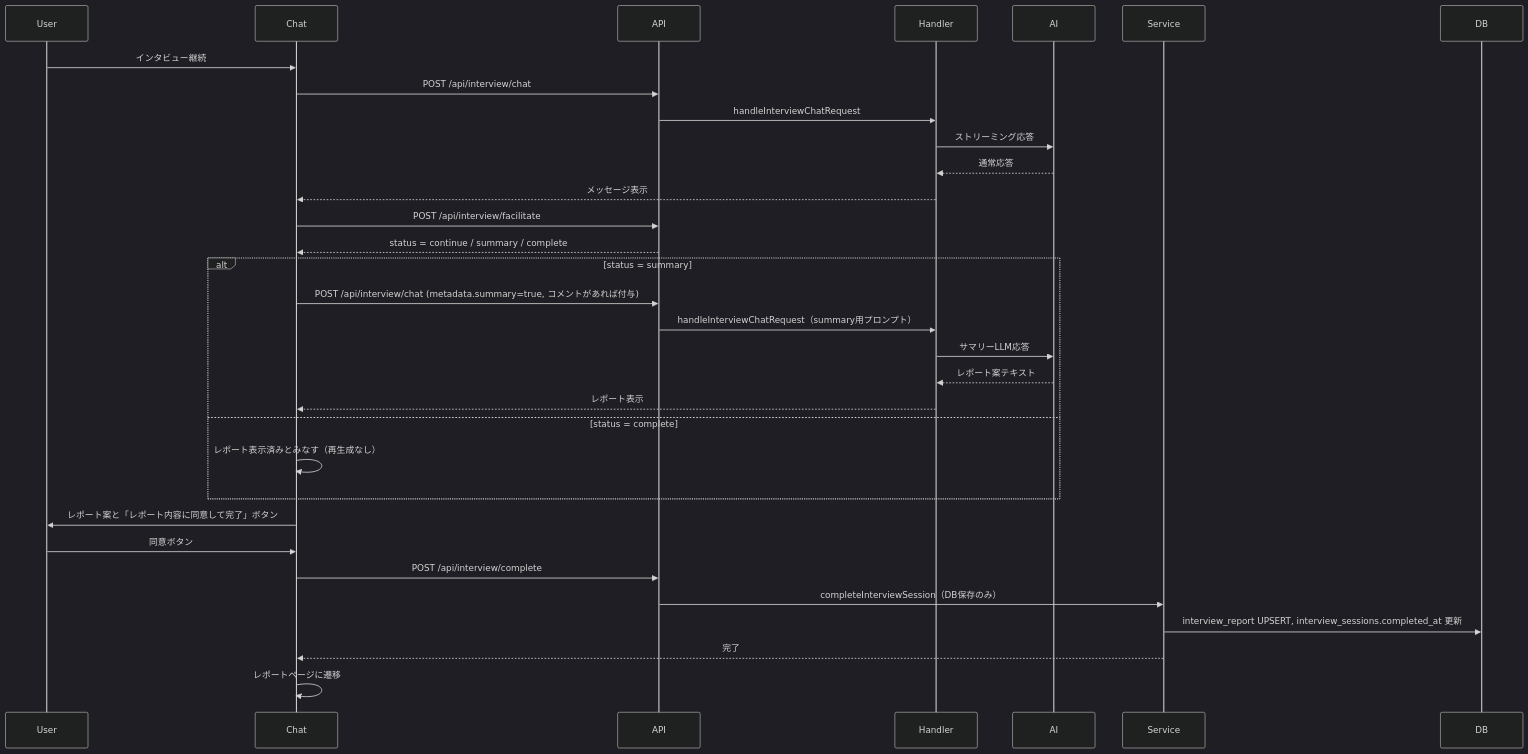
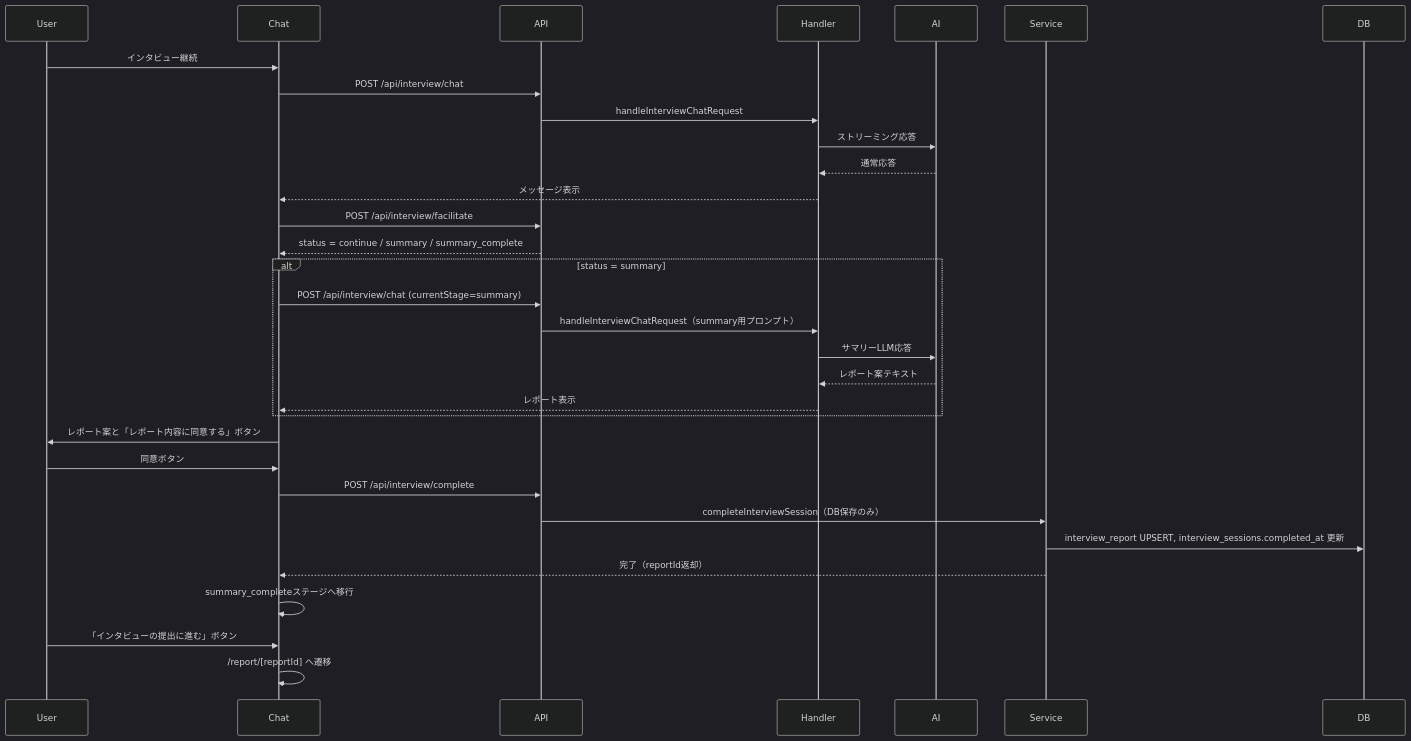
Before and after one commit to team-mirai-volunteer/mirai-gikai: the third of 3 diagrams in docs/20251221_1817_法案インタビュー機能実装計画.md, drawn with Mermaid (dark theme). The commit also changed other lines of this file, not shown here.

````diff
--- a/docs/20251221_1817_法案インタビュー機能実装計画.md
+++ b/docs/20251221_1817_法案インタビュー機能実装計画.md
@@ -210,35 +247,35 @@
 ```mermaid
 sequenceDiagram
     participant User
     participant Chat
     participant API
     participant Handler
     participant AI
     participant Service
     participant DB
     
     User->>Chat: インタビュー継続
     Chat->>API: POST /api/interview/chat
     API->>Handler: handleInterviewChatRequest
     Handler->>AI: ストリーミング応答
     AI-->>Handler: 通常応答
     Handler-->>Chat: メッセージ表示
     Chat->>API: POST /api/interview/facilitate
-    API-->>Chat: status = continue / summary / complete
+    API-->>Chat: status = continue / summary / summary_complete
     alt status = summary
-        Chat->>API: POST /api/interview/chat (metadata.summary=true, コメントがあれば付与)
+        Chat->>API: POST /api/interview/chat (currentStage=summary)
         API->>Handler: handleInterviewChatRequest（summary用プロンプト）
         Handler->>AI: サマリーLLM応答
         AI-->>Handler: レポート案テキスト
         Handler-->>Chat: レポート表示
-    else status = complete
-        Chat->>Chat: レポート表示済みとみなす（再生成なし）
     end
-    Chat->>User: レポート案と「レポート内容に同意して完了」ボタン
+    Chat->>User: レポート案と「レポート内容に同意する」ボタン
     User->>Chat: 同意ボタン
     Chat->>API: POST /api/interview/complete
     API->>Service: completeInterviewSession（DB保存のみ）
     Service->>DB: interview_report UPSERT, interview_sessions.completed_at 更新
-    Service-->>Chat: 完了
-    Chat->>Chat: レポートページに遷移
+    Service-->>Chat: 完了（reportId返却）
+    Chat->>Chat: summary_completeステージへ移行
+    User->>Chat: 「インタビューの提出に進む」ボタン
+    Chat->>Chat: /report/[reportId] へ遷移
 ```
````
